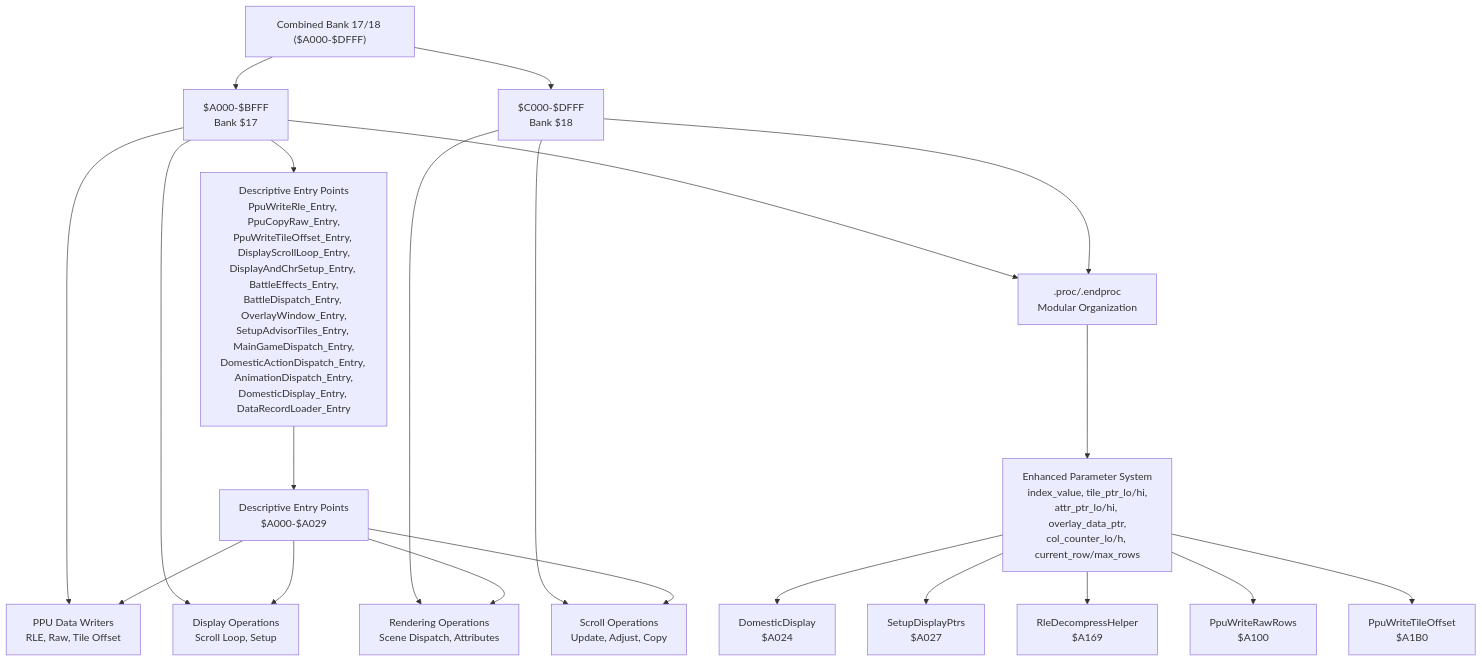
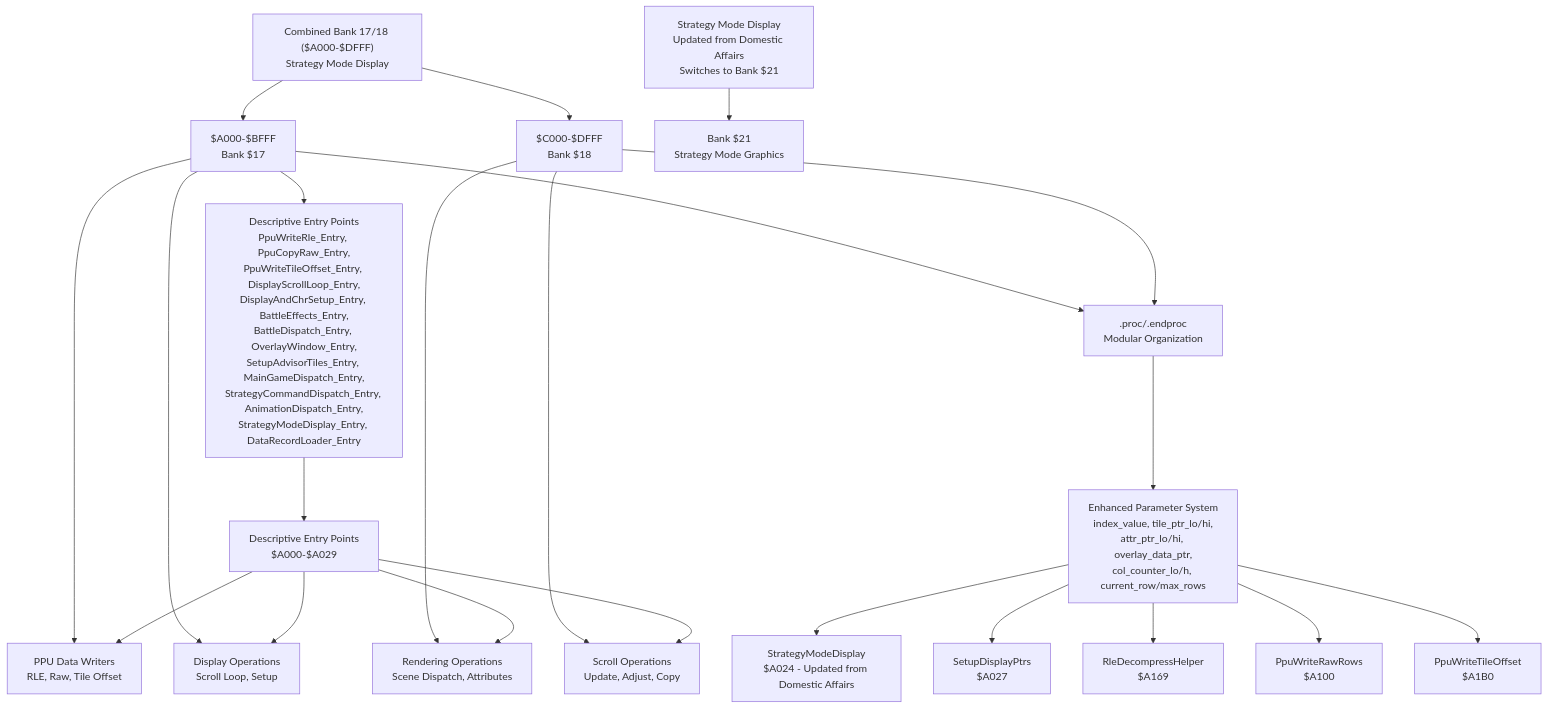
One commit to rabbyzero/sango2dasm changed diagram 11 of 22 in .qoder/repowiki/en/content/Assembly Architecture/Assembly Architecture.md. Above: the diagram before and after it, drawn with Mermaid. The commit also changed other lines of this file and 117 other files, not shown here.

````diff
--- a/.qoder/repowiki/en/content/Assembly Architecture/Assembly Architecture.md
+++ b/.qoder/repowiki/en/content/Assembly Architecture/Assembly Architecture.md
@@ -919,24 +925,26 @@
 ```mermaid
 flowchart TD
-COMBINED17_18["Combined Bank 17/18 ($A000-$DFFF)"] --> BANKA["$A000-$BFFF<br/>Bank $17"]
+COMBINED17_18["Combined Bank 17/18 ($A000-$DFFF)<br/>Strategy Mode Display"] --> BANKA["$A000-$BFFF<br/>Bank $17"]
 COMBINED17_18 --> BANKB["$C000-$DFFF<br/>Bank $18"]
-BANKA --> ENHANCEDENTRIES["Descriptive Entry Points<br/>PpuWriteRle_Entry, PpuCopyRaw_Entry,<br/>PpuWriteTileOffset_Entry, DisplayScrollLoop_Entry,<br/>DisplayAndChrSetup_Entry, BattleEffects_Entry,<br/>BattleDispatch_Entry, OverlayWindow_Entry,<br/>SetupAdvisorTiles_Entry, MainGameDispatch_Entry,<br/>DomesticActionDispatch_Entry, AnimationDispatch_Entry,<br/>DomesticDisplay_Entry, DataRecordLoader_Entry"]
+BANKA --> ENHANCEDENTRIES["Descriptive Entry Points<br/>PpuWriteRle_Entry, PpuCopyRaw_Entry,<br/>PpuWriteTileOffset_Entry, DisplayScrollLoop_Entry,<br/>DisplayAndChrSetup_Entry, BattleEffects_Entry,<br/>BattleDispatch_Entry, OverlayWindow_Entry,<br/>SetupAdvisorTiles_Entry, MainGameDispatch_Entry,<br/>StrategyCommandDispatch_Entry, AnimationDispatch_Entry,<br/>StrategyModeDisplay_Entry, DataRecordLoader_Entry"]
 BANKA --> PPUWRITERS["PPU Data Writers<br/>RLE, Raw, Tile Offset"]
 BANKA --> DISPLAYOPS["Display Operations<br/>Scroll Loop, Setup"]
 BANKB --> RENDEROPS["Rendering Operations<br/>Scene Dispatch, Attributes"]
 BANKB --> SCROLLOPS["Scroll Operations<br/>Update, Adjust, Copy"]
 BANKA --> PROC[".proc/.endproc<br/>Modular Organization"]
 BANKB --> PROC
 PARAMSYS["Enhanced Parameter System<br/>index_value, tile_ptr_lo/hi,<br/>attr_ptr_lo/hi, overlay_data_ptr,<br/>col_counter_lo/h, current_row/max_rows"]
 PROC --> PARAMSYS
-PARAMSYS --> DOMESTIC["DomesticDisplay<br/>$A024"]
+PARAMSYS --> DOMESTIC["StrategyModeDisplay<br/>$A024 - Updated from Domestic Affairs"]
 PARAMSYS --> SETUP["SetupDisplayPtrs<br/>$A027"]
 PARAMSYS --> RLE["RleDecompressHelper<br/>$A169"]
 PARAMSYS --> RAWROWS["PpuWriteRawRows<br/>$A100"]
 PARAMSYS --> TILEOFFSET["PpuWriteTileOffset<br/>$A1B0"]
 ENHANCEDENTRIES --> ROUTINES["Descriptive Entry Points<br/>$A000-$A029"]
 ROUTINES --> PPUWRITERS
 ROUTINES --> DISPLAYOPS
 ROUTINES --> RENDEROPS
 ROUTINES --> SCROLLOPS
+STRATEGYMODE["Strategy Mode Display<br/>Updated from Domestic Affairs<br/>Switches to Bank $21"]
+STRATEGYMODE --> BANK21["Bank $21<br/>Strategy Mode Graphics"]
 ```
````
